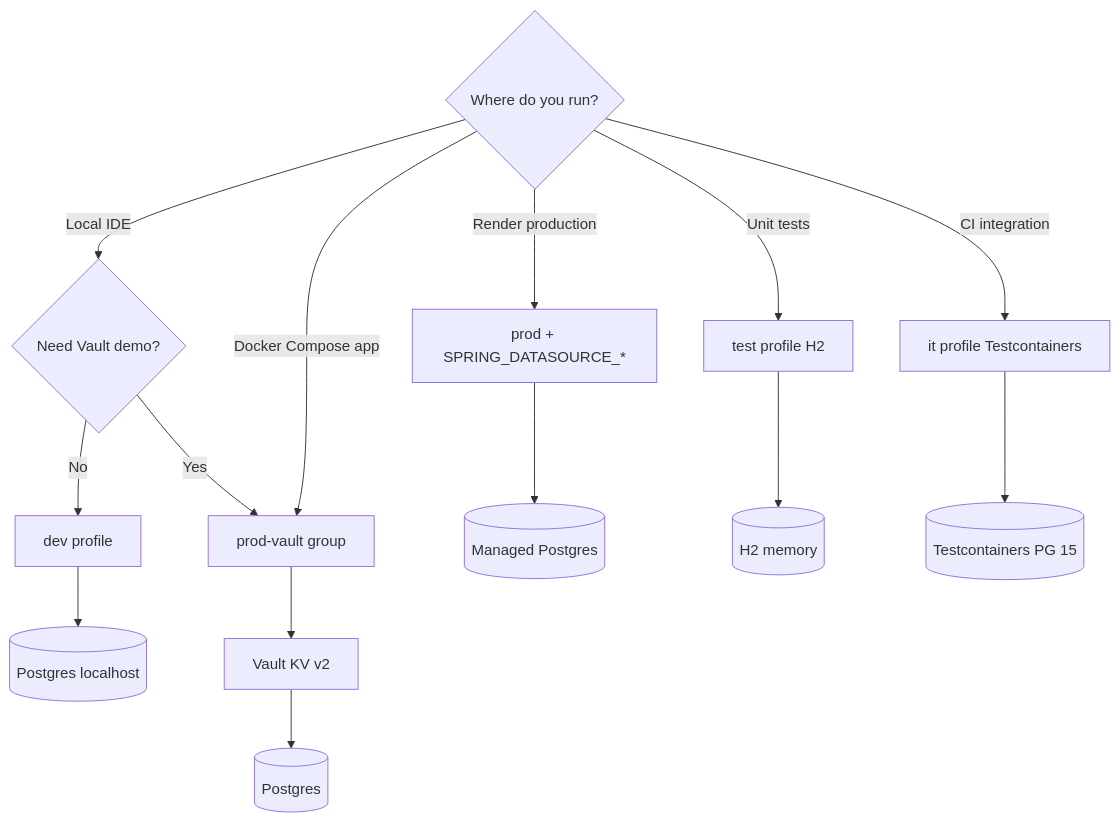
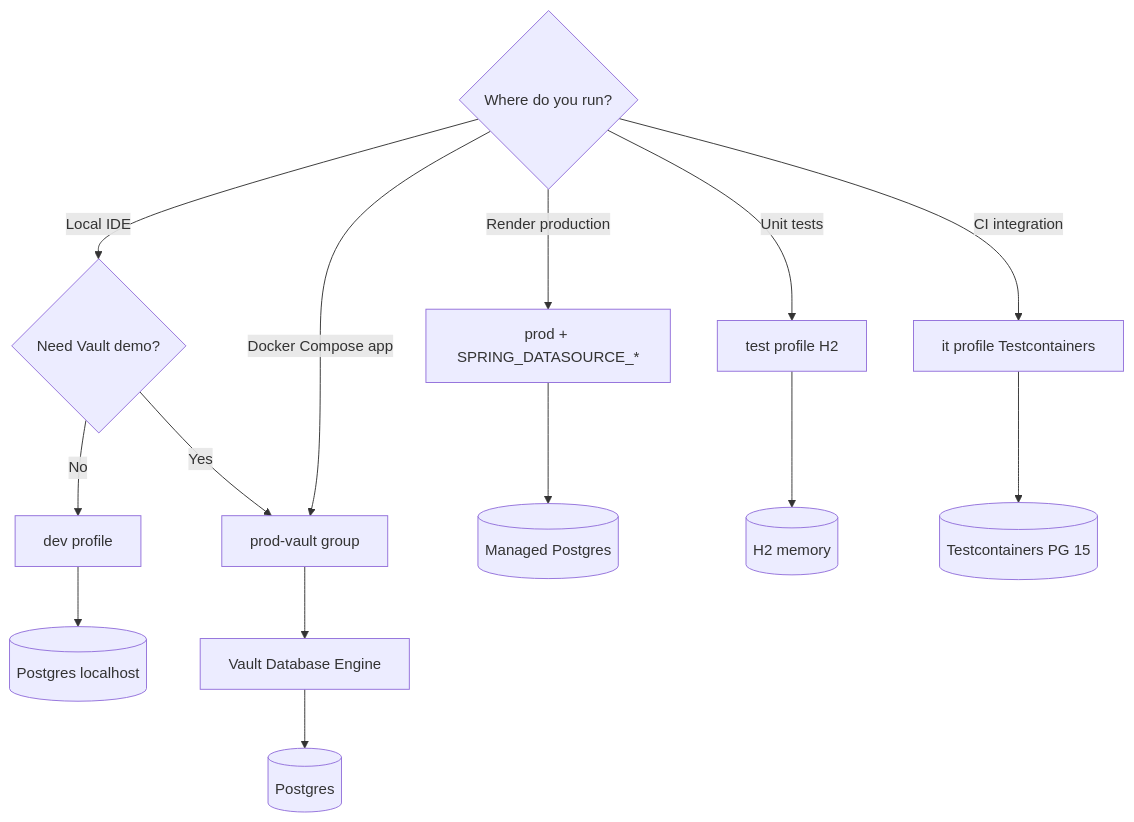
The diagram in docs/configuration.md (KleilsonSantos/VaultSpring), drawn with Mermaid before and after one commit. The commit also changed other lines of this file and 9 other files, not shown here.

First line of the commit message:
docs: align ADR-0002/0005 and guides with Vault database backend

````diff
--- a/docs/configuration.md
+++ b/docs/configuration.md
@@ -7,18 +7,18 @@
 ```mermaid
 flowchart TD
   Q1{Where do you run?}
   Q1 -->|Local IDE| Q2{Need Vault demo?}
   Q1 -->|Docker Compose app| PV[prod-vault group]
   Q1 -->|Render production| PR[prod + SPRING_DATASOURCE_*]
   Q1 -->|Unit tests| TST[test profile H2]
   Q1 -->|CI integration| IT[it profile Testcontainers]
 
   Q2 -->|No| DEV[dev profile]
   Q2 -->|Yes| PV
 
   DEV --> PG1[(Postgres localhost)]
-  PV --> VLT[Vault KV v2] --> PG2[(Postgres)]
+  PV --> VLT[Vault Database Engine] --> PG2[(Postgres)]
   PR --> PG3[(Managed Postgres)]
   TST --> H2[(H2 memory)]
   IT --> TC[(Testcontainers PG 15)]
 ```
````
